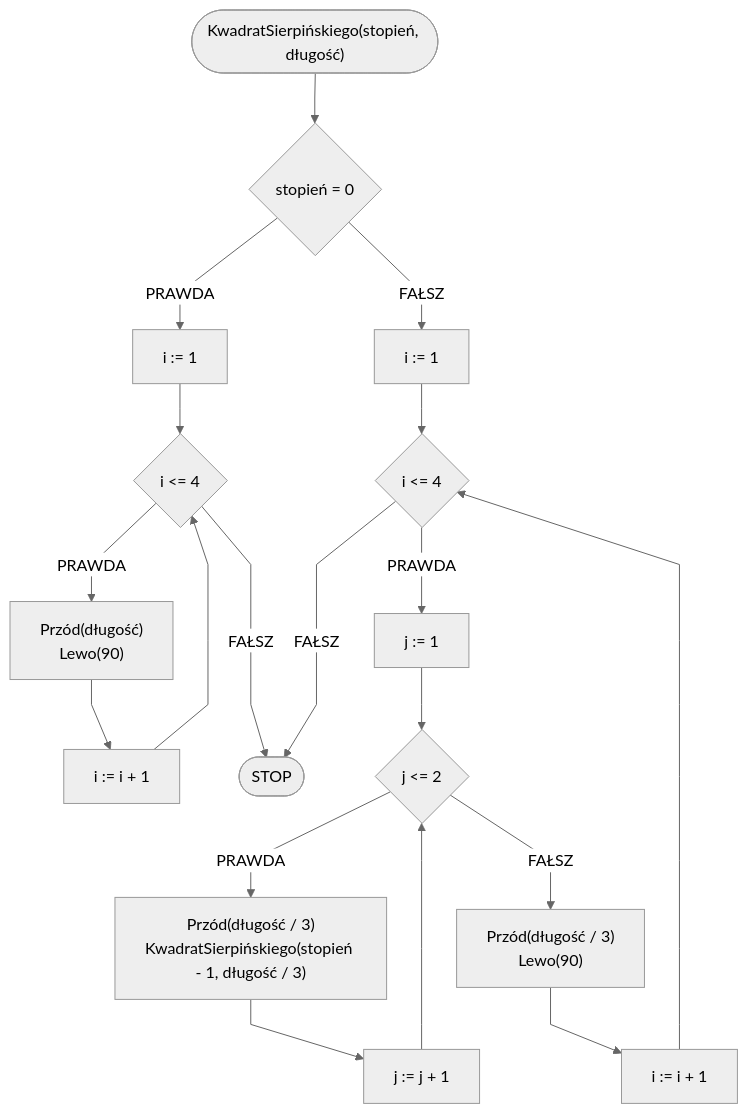
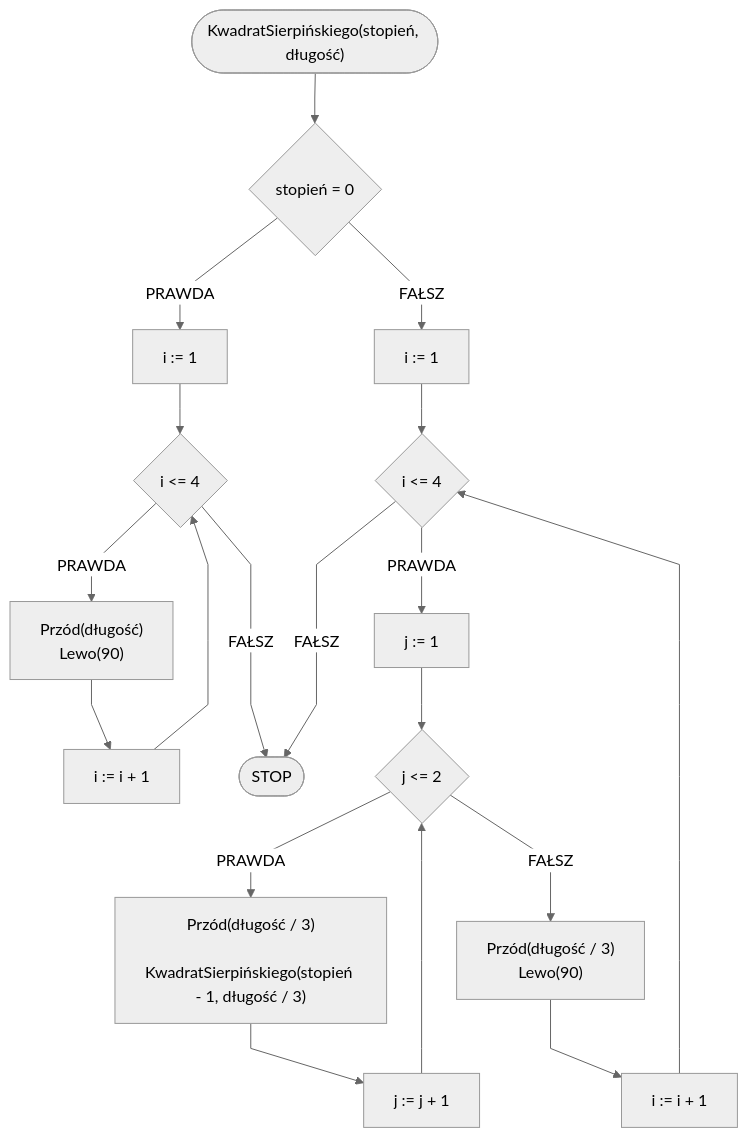
Before and after one commit to blackbat13/edu-cs-htiew-pl: the diagram in docs/algorithms/fractals/sierpinski-square.md, drawn with Mermaid. The commit also changed 32 other files, not shown here.

````diff
--- a/docs/algorithms/fractals/sierpinski-square.md
+++ b/docs/algorithms/fractals/sierpinski-square.md
@@ -35,22 +35,25 @@
 ```mermaid
 %%{init: {"flowchart": {"curve": "linear"}, "theme": "neutral"} }%%
 flowchart TD
     START(["KwadratSierpińskiego(stopień, długość)"]) --> K1{stopień = 0}
     K1 -- PRAWDA --> K2p[i := 1]
     K2p --> K2{i <= 4}
-    K2 -- PRAWDA --> K3["Przód(długość)\nLewo(90)"]
+    K2 -- PRAWDA --> K3["Przód(długość)
+    Lewo(90)"]
     K3 --> K2i[i := i + 1]
     K2i --> K2
     K2 -- FAŁSZ --> STOP([STOP])
     K1 -- FAŁSZ --> K6p[i := 1]
     K6p --> K6{i <= 4}
     K6 -- PRAWDA --> K7p[j := 1]
     K7p --> K7{j <= 2}
-    K7 -- PRAWDA --> K8["Przód(długość / 3)\nKwadratSierpińskiego(stopień - 1, długość / 3)"]
+    K7 -- PRAWDA --> K8["Przód(długość / 3)
+    KwadratSierpińskiego(stopień - 1, długość / 3)"]
     K8 --> K7i[j := j + 1]
     K7i --> K7
-    K7 -- FAŁSZ --> K10["Przód(długość / 3)\nLewo(90)"]
+    K7 -- FAŁSZ --> K10["Przód(długość / 3)
+    Lewo(90)"]
     K10 --> K6i[i := i + 1]
     K6i --> K6
     K6 -- FAŁSZ ---> STOP
 ```
````
